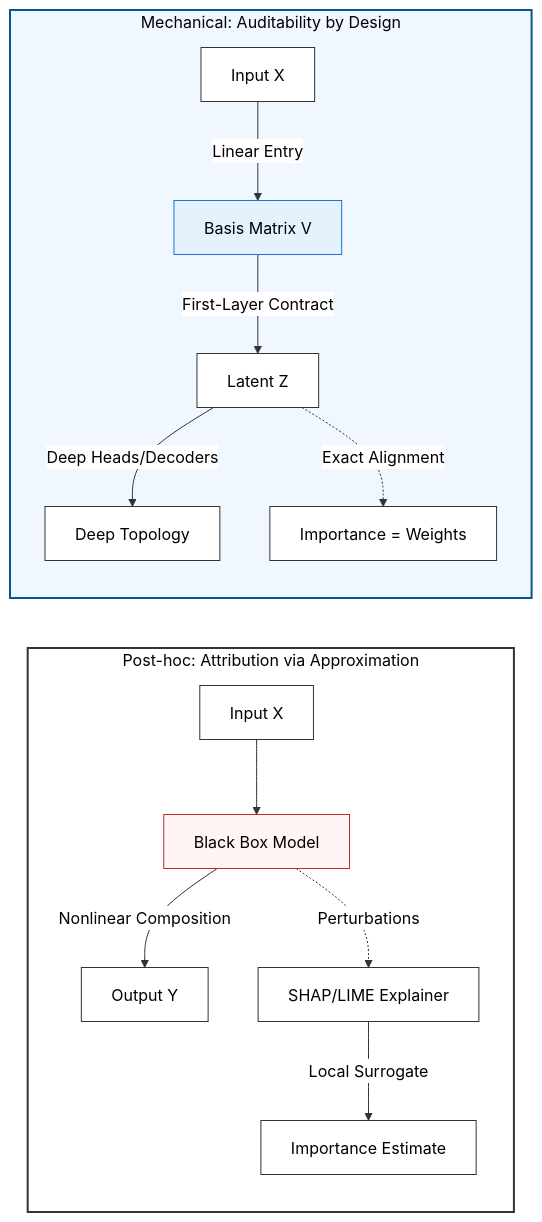
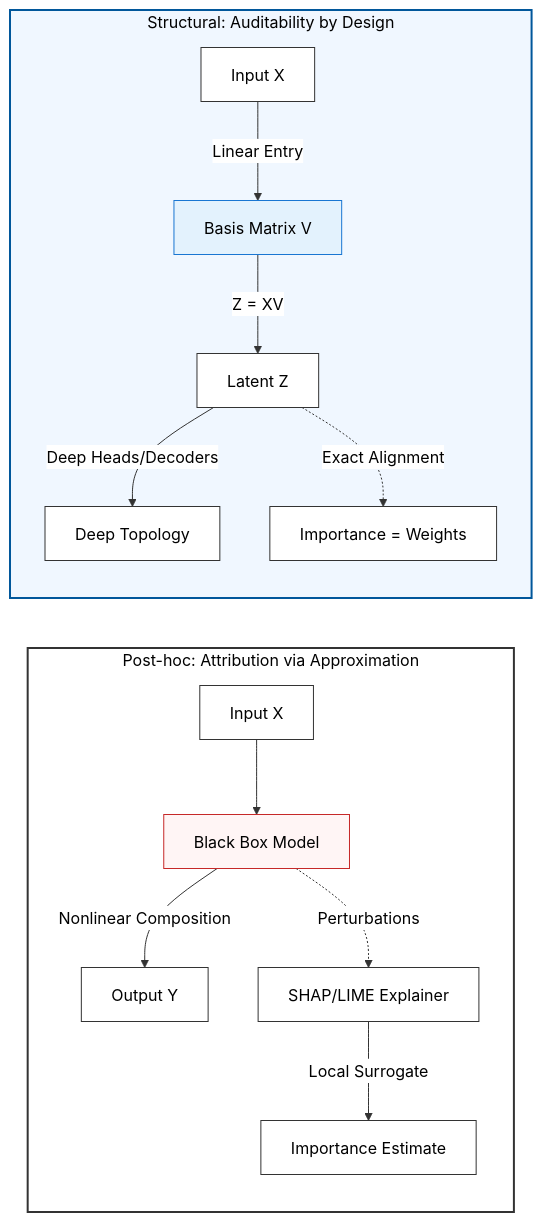
Before and after one commit to stnava/pysimlr: the diagram in paper/01_intro_background.qmd, drawn with Mermaid. The commit also changed other lines of this file and 7 other files, not shown here.

````diff
--- a/paper/01_intro_background.qmd
+++ b/paper/01_intro_background.qmd
@@ -40,24 +36,24 @@
 ```{mermaid}
 %%{init: {'theme': 'base', 'themeVariables': { 'primaryColor': '#ffffff', 'primaryTextColor': '#000000', 'primaryBorderColor': '#333333', 'lineColor': '#333333' }}}%%
 graph LR
     subgraph PostHoc [Post-hoc: Attribution via Approximation]
         direction TB
         InputP[Input X] --> BlackBox[Black Box Model]
         BlackBox -->|Nonlinear Composition| OutputP[Output Y]
         BlackBox -.->|Perturbations| Explainer[SHAP/LIME Explainer]
         Explainer -->|Local Surrogate| Guess[Importance Estimate]
     end
 
-    subgraph Mechanical [Mechanical: Auditability by Design]
+    subgraph Structural [Structural: Auditability by Design]
         direction TB
         InputM[Input X] -->|Linear Entry| SparseWeights["Basis Matrix V"]
-        SparseWeights -->|First-Layer Contract| Latent[Latent Z]
+        SparseWeights -->|Z = XV| Latent[Latent Z]
         Latent -->|Deep Heads/Decoders| Meaning["Deep Topology"]
         Latent -.->|Exact Alignment| Exact["Importance = Weights"]
     end
     
     style PostHoc fill:#ffffff,stroke:#333,stroke-width:2px
-    style Mechanical fill:#f0f7ff,stroke:#01579b,stroke-width:2px
+    style Structural fill:#f0f7ff,stroke:#01579b,stroke-width:2px
     style SparseWeights fill:#e3f2fd,stroke:#1976d2,color:#000
     style BlackBox fill:#fff5f5,stroke:#c62828,color:#000
 ```
````
